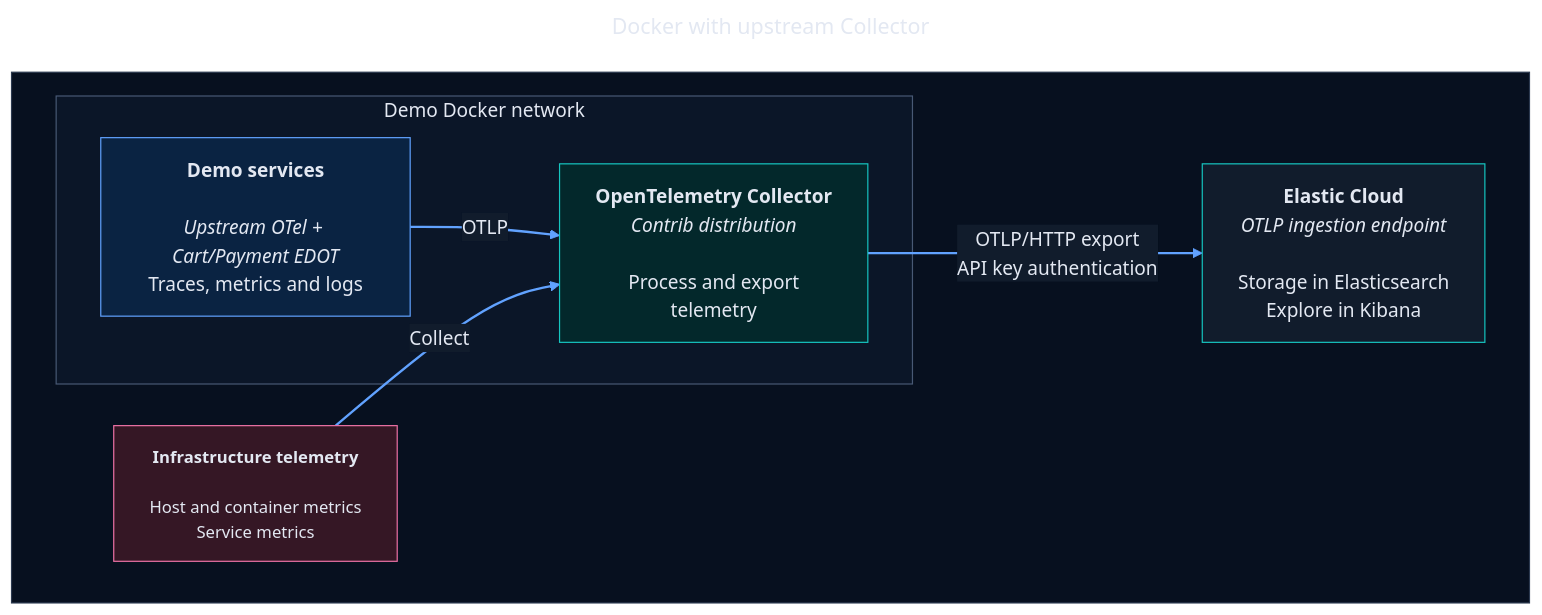
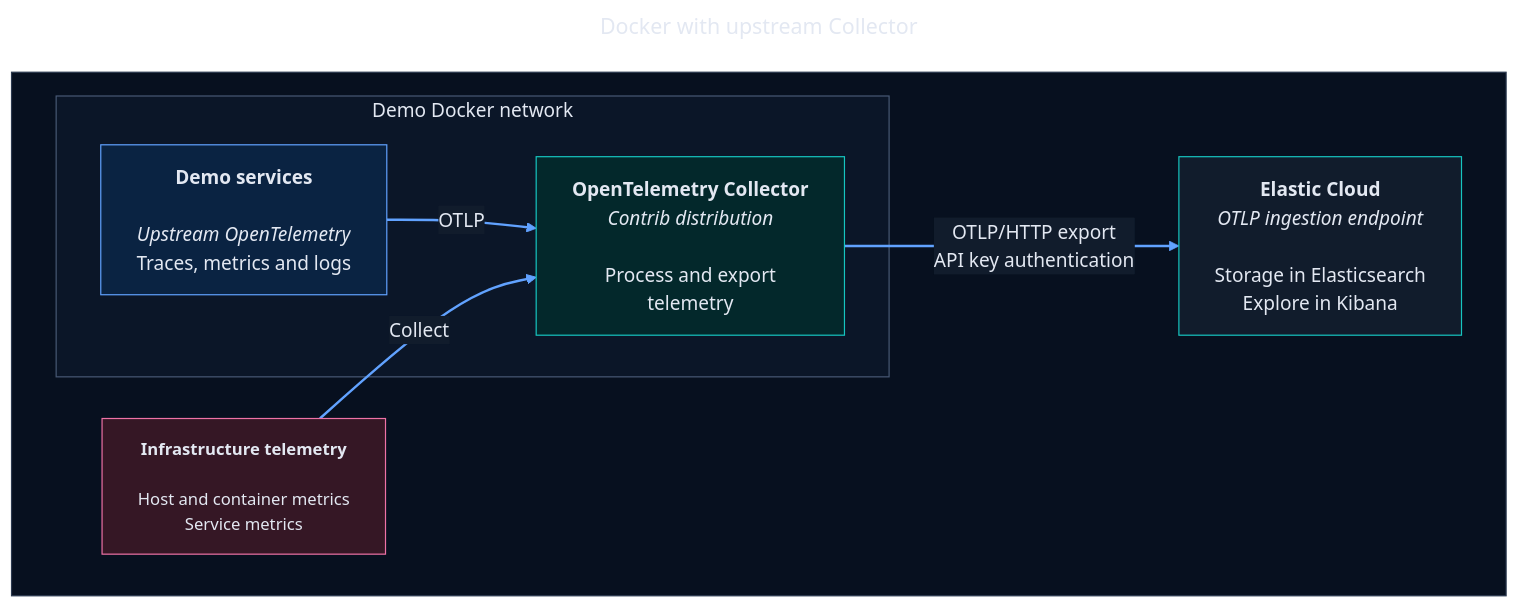
Before and after one commit to osullivandonal/opentelemetry-demo: the third of 5 diagrams in .github/README.md, drawn with Mermaid. The commit also changed other lines of this file and 4 other files, not shown here.

````diff
--- a/.github/README.md
+++ b/.github/README.md
@@ -240,32 +241,32 @@
 ```mermaid
 ---
 title: Docker with upstream Collector
 ---
 %%{init: {"theme": "base", "flowchart": {"htmlLabels": true, "titleTopMargin": 24}, "markdownAutoWrap": false, "themeVariables": {"darkMode": true, "fontSize": "16px", "background": "#07101F", "primaryColor": "#0A2342", "primaryTextColor": "#E3E8F2", "primaryBorderColor": "#61A2FF", "lineColor": "#61A2FF", "textColor": "#E3E8F2", "edgeLabelBackground": "#111C2C", "clusterBkg": "#0B1628", "clusterBorder": "#485975"}}}%%
 flowchart LR
     subgraph ARCH[" "]
         direction LR
         subgraph DEMO["Demo Docker network"]
-            APP["<b>Demo services</b><br/><br/><i>Upstream OTel + Cart/Payment EDOT</i><br/>Traces, metrics and logs"]
+            APP["<b>Demo services</b><br/><br/><i>Upstream OpenTelemetry</i><br/>Traces, metrics and logs"]
             COLLECTOR["<b>OpenTelemetry Collector</b><br/><i>Contrib distribution</i><br/><br/>Process and export<br/>telemetry"]
             APP -->|OTLP| COLLECTOR
         end
         HOST["<b>Infrastructure telemetry</b><br/><br/>Host and container metrics<br/>Service metrics"]
         HOST -->|Collect| COLLECTOR
         CLOUD["<b>Elastic Cloud</b><br/><i>OTLP ingestion endpoint</i><br/><br/>Storage in Elasticsearch<br/>Explore in Kibana"]
         COLLECTOR -->|"OTLP/HTTP export<br/>API key authentication"| CLOUD
     end
 
     class APP application
     class COLLECTOR agent
     class HOST source
     class CLOUD backend
     style DEMO fill:#0B1628,stroke:#485975,color:#E3E8F2
     classDef application fill:#0A2342,stroke:#61A2FF,color:#E3E8F2,font-size:16px
     classDef agent fill:#03282B,stroke:#16C5C0,color:#E3E8F2,font-size:16px
     classDef source fill:#351725,stroke:#EE72A6,color:#E3E8F2,font-size:14px
     classDef backend fill:#111C2C,stroke:#16C5C0,color:#E3E8F2,font-size:16px
 
     style ARCH fill:#07101F,stroke:#2B394F,color:#E3E8F2
     linkStyle default stroke:#61A2FF,stroke-width:2px
 ```
````
